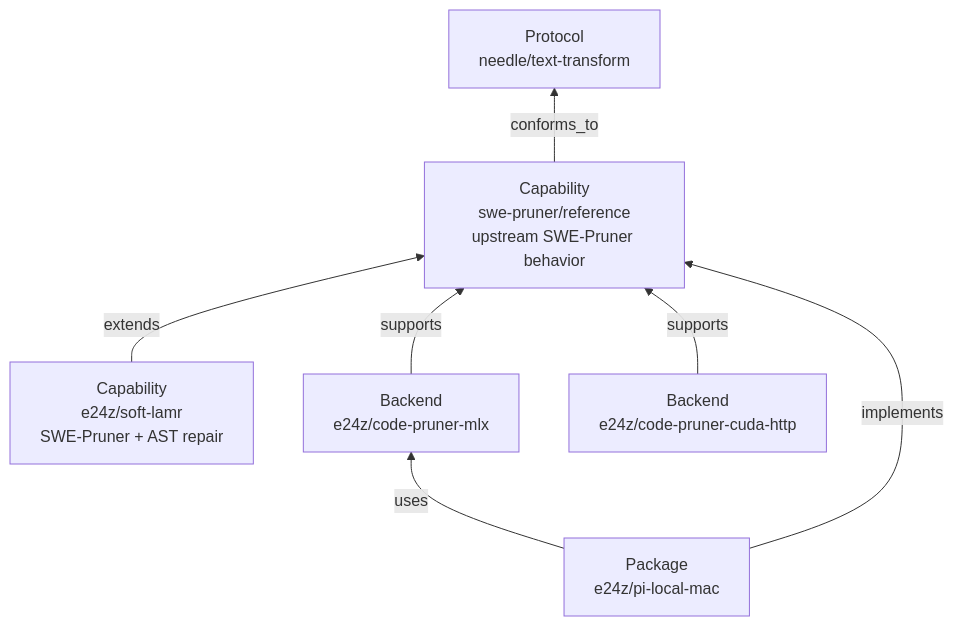
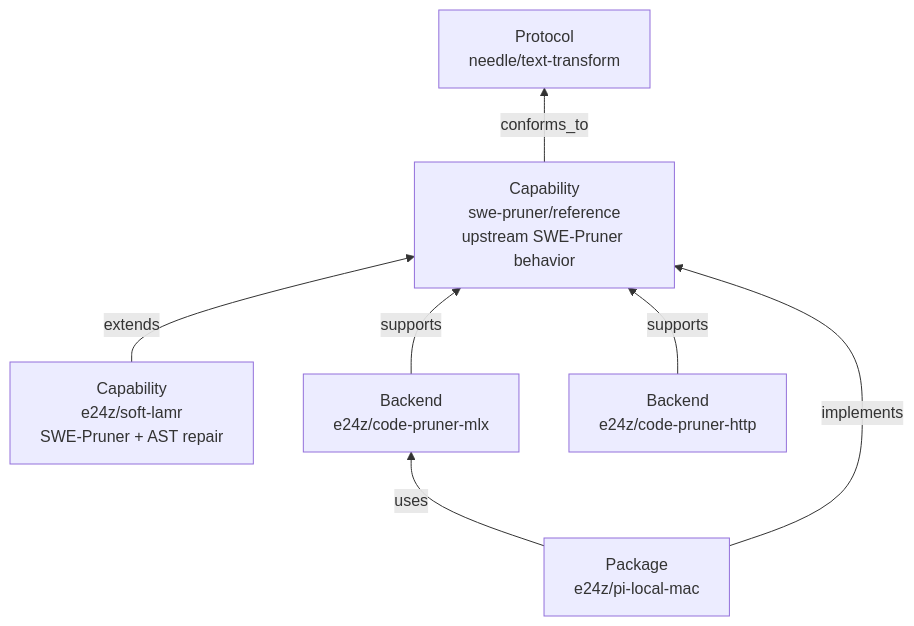
One commit to e24z/needle changed the first of 5 diagrams in NEEDLE-1.0-PRD.md. Above: the diagram before and after it, drawn with Mermaid. The commit also changed other lines of this file and 3 other files, not shown here.

````diff
--- a/NEEDLE-1.0-PRD.md
+++ b/NEEDLE-1.0-PRD.md
@@ -176,16 +176,16 @@
 ```mermaid
 flowchart BT
     Protocol["Protocol<br/>needle/text-transform"]
     Ref["Capability<br/>swe-pruner/reference<br/>upstream SWE-Pruner behavior"]
     Soft["Capability<br/>e24z/soft-lamr<br/>SWE-Pruner + AST repair"]
     MLX["Backend<br/>e24z/code-pruner-mlx"]
-    CUDA["Backend<br/>e24z/code-pruner-cuda-http"]
+    HTTP["Backend<br/>e24z/code-pruner-http"]
     Package["Package<br/>e24z/pi-local-mac"]
 
     Ref -->|"conforms_to"| Protocol
     Soft -->|"extends"| Ref
     MLX -->|"supports"| Ref
-    CUDA -->|"supports"| Ref
+    HTTP -->|"supports"| Ref
     Package -->|"implements"| Ref
     Package -->|"uses"| MLX
 ```
````
